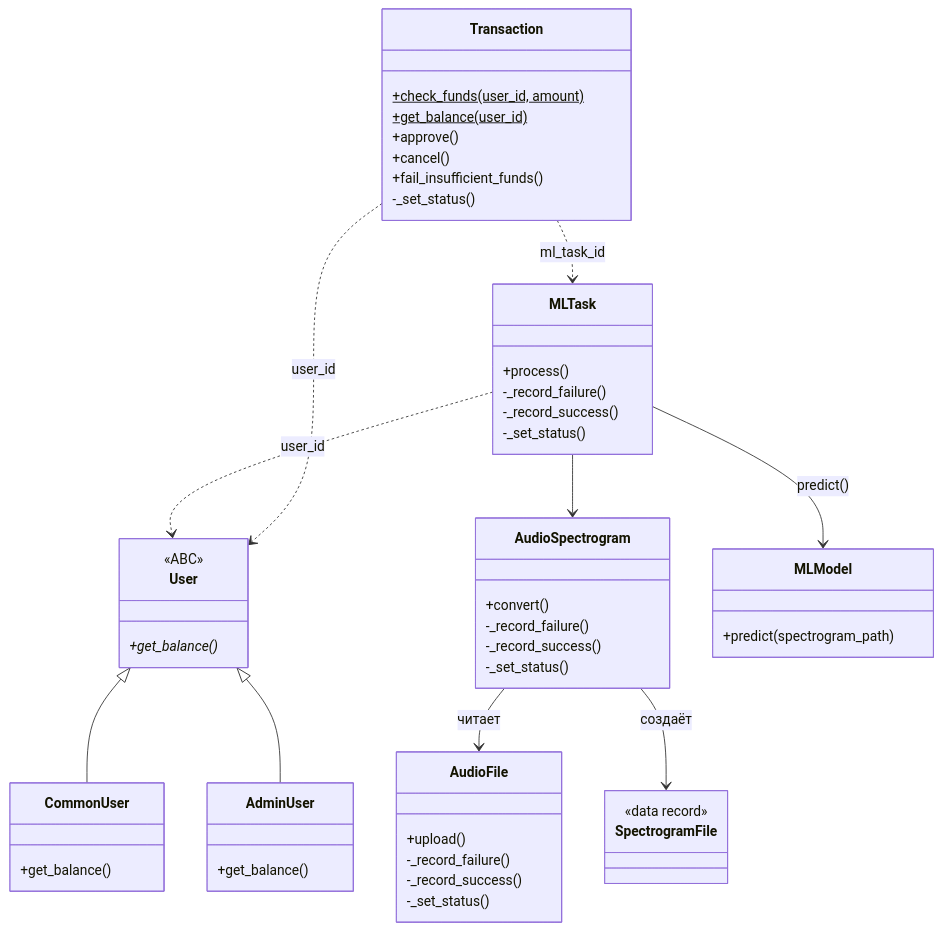
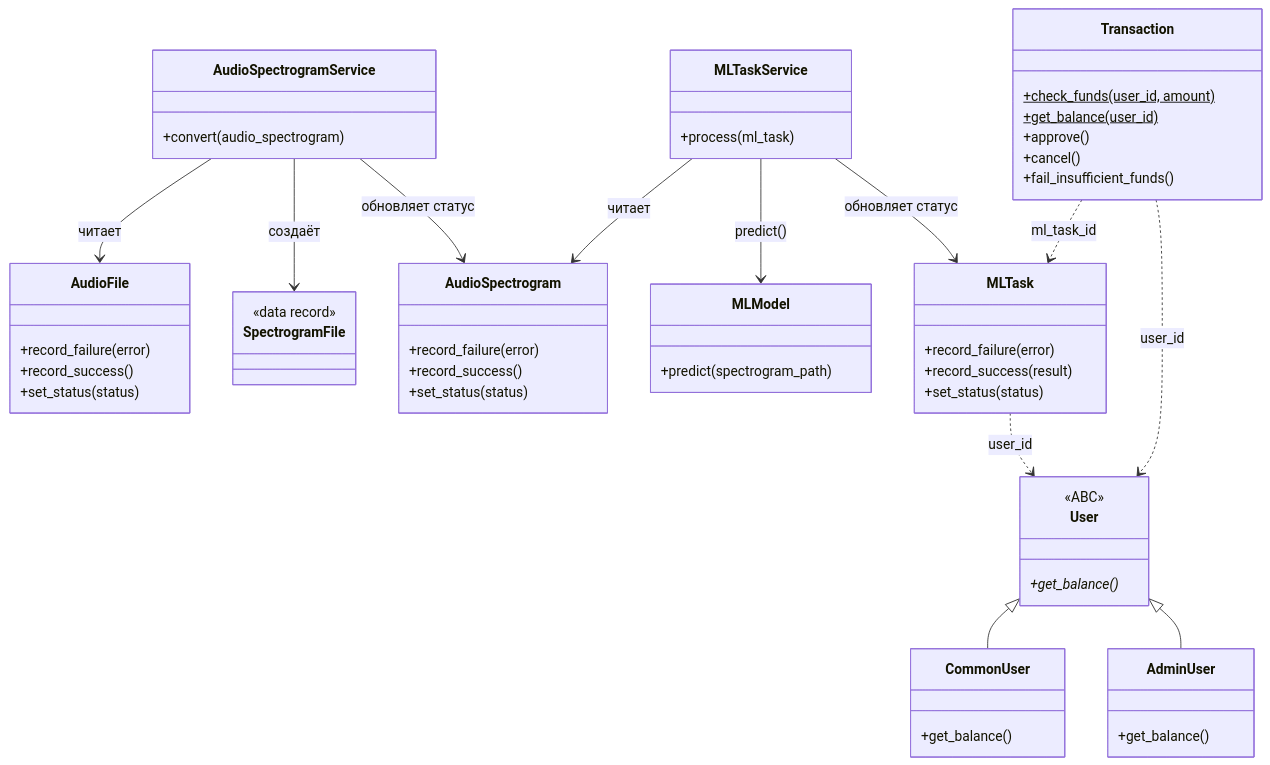
The first of 2 diagrams in README.md (Ch1g/MusicGenreSommelierAI), drawn with Mermaid before and after one commit. The commit also changed other lines of this file and 35 other files, not shown here.

````diff
--- a/README.md
+++ b/README.md
@@ -27,68 +31,74 @@
 ```mermaid
 classDiagram
     direction TB
 
     class User {
         <<ABC>>
         +get_balance()* 
     }
 
     class CommonUser {
         +get_balance()
     }
 
     class AdminUser {
         +get_balance()
     }
 
     class AudioFile {
-        +upload()
-        -_record_failure()
-        -_record_success()
-        -_set_status()
+        +record_failure(error)
+        +record_success()
+        +set_status(status)
     }
 
     class SpectrogramFile {
         <<data record>>
     }
 
     class AudioSpectrogram {
-        +convert()
-        -_record_failure()
-        -_record_success()
-        -_set_status()
+        +record_failure(error)
+        +record_success()
+        +set_status(status)
     }
 
     class MLModel {
         +predict(spectrogram_path)
     }
 
     class MLTask {
-        +process()
-        -_record_failure()
-        -_record_success()
-        -_set_status()
+        +record_failure(error)
+        +record_success(result)
+        +set_status(status)
     }
 
     class Transaction {
         +check_funds(user_id, amount) $
         +get_balance(user_id) $
         +approve()
         +cancel()
         +fail_insufficient_funds()
-        -_set_status()
+    }
+
+    class AudioSpectrogramService {
+        +convert(audio_spectrogram)
+    }
+
+    class MLTaskService {
+        +process(ml_task)
     }
 
     User <|-- CommonUser
     User <|-- AdminUser
 
-    AudioSpectrogram --> AudioFile : читает
-    AudioSpectrogram --> SpectrogramFile : создаёт
+    AudioSpectrogramService --> AudioSpectrogram : обновляет статус
+    AudioSpectrogramService --> AudioFile : читает
+    AudioSpectrogramService --> SpectrogramFile : создаёт
 
-    MLTask --> AudioSpectrogram
-    MLTask --> MLModel : predict()
+    MLTaskService --> MLTask : обновляет статус
+    MLTaskService --> AudioSpectrogram : читает
+    MLTaskService --> MLModel : predict()
 
     MLTask ..> User : user_id
     Transaction ..> User : user_id
     Transaction ..> MLTask : ml_task_id
 ```
````
